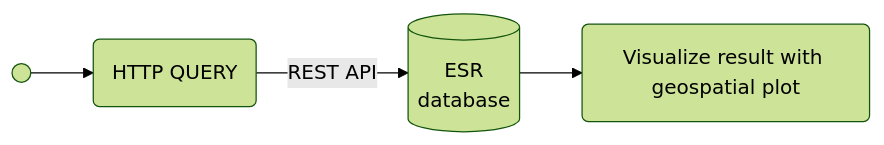
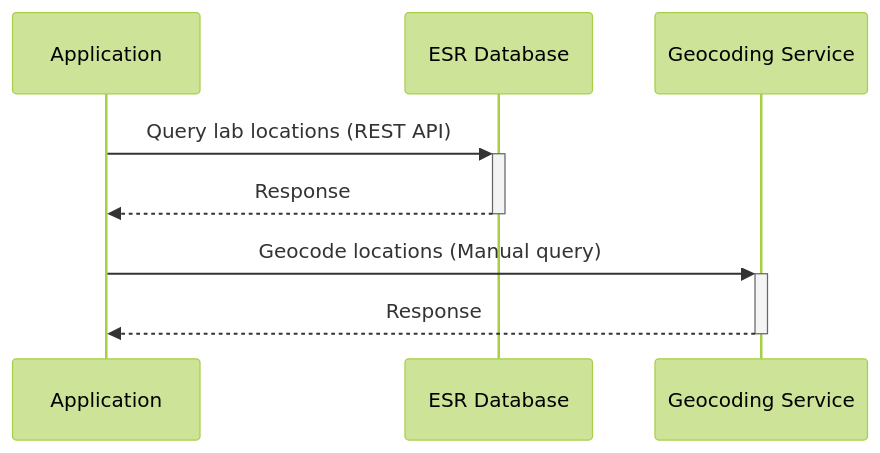
The diagram in data-visualization/docs/test-esr-import.md (VCityTeam/PEPR-VDBI), drawn with Mermaid before and after one commit. The commit also changed other lines of this file and 2 other files, not shown here.

````diff
--- a/data-visualization/docs/test-esr-import.md
+++ b/data-visualization/docs/test-esr-import.md
@@ -13,11 +13,11 @@
 ```mermaid
 ---
 config:
   theme: forest
 ---
-flowchart LR
-    A(( )) --> AA(HTTP QUERY)
-    AA -->|REST API| B[(ESR \n database)]
-    B --> C(Visualize result with geospatial plot)
-
+sequenceDiagram
+  Application->>+ESR Database: Query lab locations (REST API)
+  ESR Database-->>-Application: Response
+  Application->>+Geocoding Service: Geocode locations (Manual query)
+  Geocoding Service-->>-Application: Response
 ```
````
